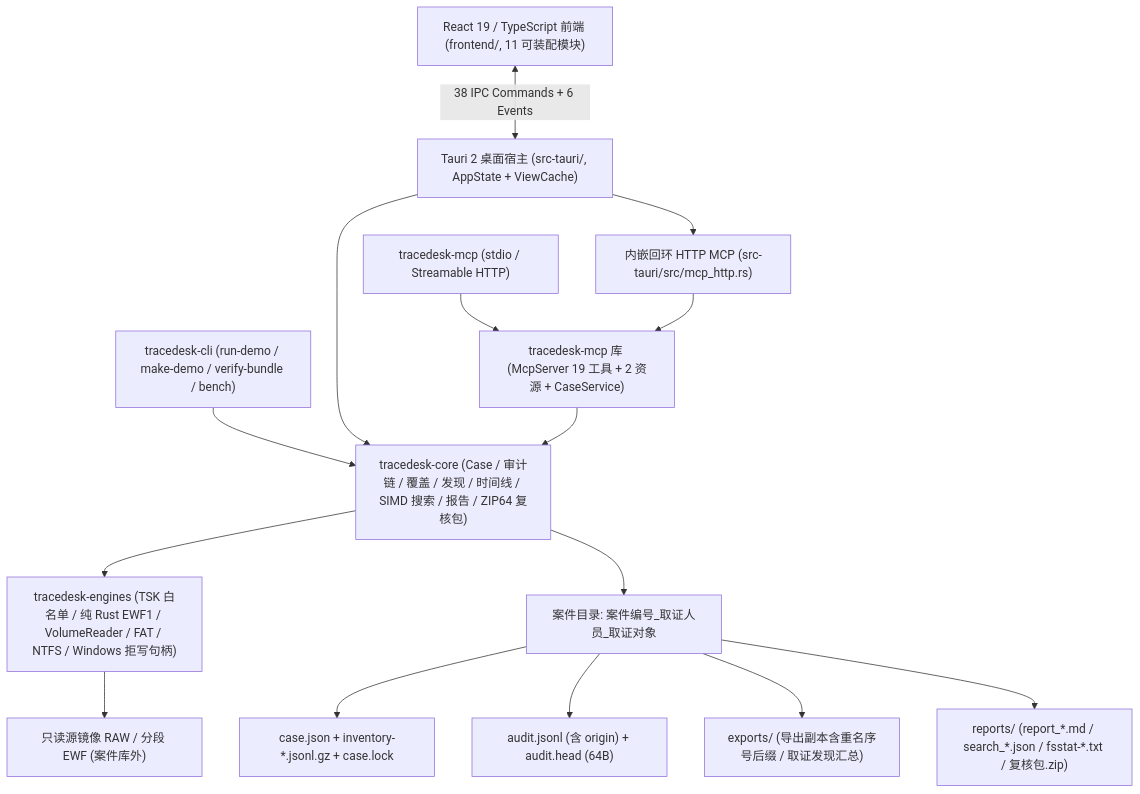
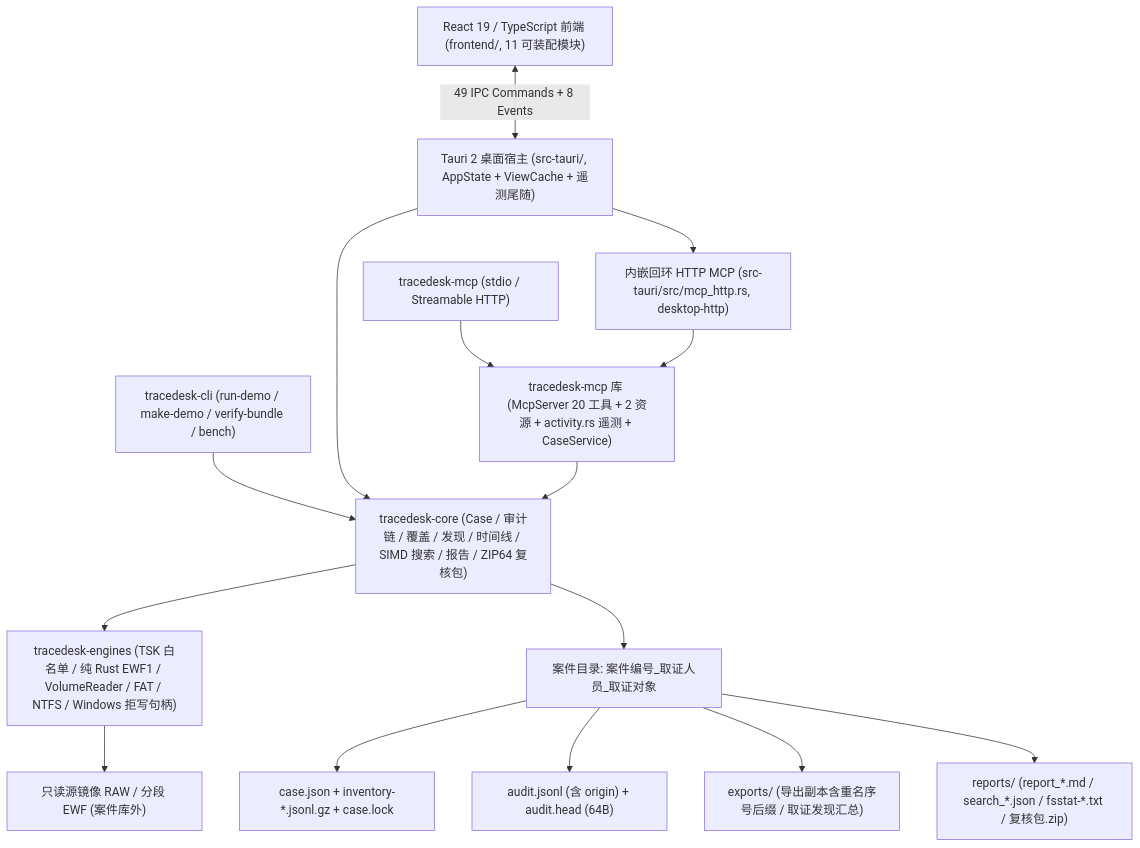
Before and after one commit to CYMR-1/TraceDesk: the diagram in docs/设计与验收说明.md, drawn with Mermaid. The commit also changed other lines of this file and 32 other files, not shown here.

````diff
--- a/docs/设计与验收说明.md
+++ b/docs/设计与验收说明.md
@@ -30,19 +30,19 @@
 ```mermaid
 flowchart TD
-    UI["React 19 / TypeScript 前端 (frontend/, 11 可装配模块)"] <-->|"38 IPC Commands + 6 Events"| TAURI["Tauri 2 桌面宿主 (src-tauri/, AppState + ViewCache)"]
-    TAURI --> EMB["内嵌回环 HTTP MCP (src-tauri/src/mcp_http.rs)"]
+    UI["React 19 / TypeScript 前端 (frontend/, 11 可装配模块)"] <-->|"49 IPC Commands + 8 Events"| TAURI["Tauri 2 桌面宿主 (src-tauri/, AppState + ViewCache + 遥测尾随)"]
+    TAURI --> EMB["内嵌回环 HTTP MCP (src-tauri/src/mcp_http.rs, desktop-http)"]
     CLI["tracedesk-cli (run-demo / make-demo / verify-bundle / bench)"] --> CORE
-    MCPBIN["tracedesk-mcp (stdio / Streamable HTTP)"] --> MCPLIB["tracedesk-mcp 库 (McpServer 19 工具 + 2 资源 + CaseService)"]
+    MCPBIN["tracedesk-mcp (stdio / Streamable HTTP)"] --> MCPLIB["tracedesk-mcp 库 (McpServer 20 工具 + 2 资源 + activity.rs 遥测 + CaseService)"]
     EMB --> MCPLIB
 
     TAURI --> CORE["tracedesk-core (Case / 审计链 / 覆盖 / 发现 / 时间线 / SIMD 搜索 / 报告 / ZIP64 复核包)"]
     MCPLIB --> CORE
     CORE --> ENG["tracedesk-engines (TSK 白名单 / 纯 Rust EWF1 / VolumeReader / FAT / NTFS / Windows 拒写句柄)"]
     ENG --> IMG["只读源镜像 RAW / 分段 EWF (案件库外)"]
 
     CORE --> CASE["案件目录: 案件编号_取证人员_取证对象"]
     CASE --> META["case.json + inventory-*.jsonl.gz + case.lock"]
     CASE --> AUD["audit.jsonl (含 origin) + audit.head (64B)"]
     CASE --> EXP["exports/ (导出副本含重名序号后缀 / 取证发现汇总)"]
     CASE --> REP["reports/ (report_*.md / search_*.json / fsstat-*.txt / 复核包.zip)"]
 ```
````
